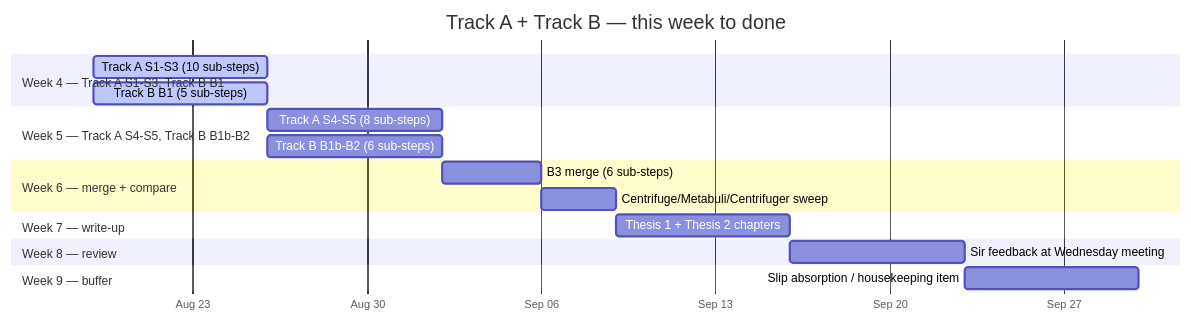
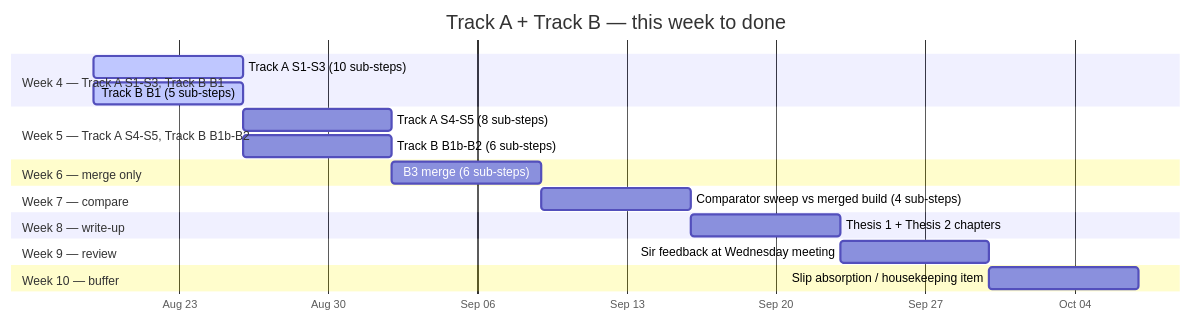
One commit to KathpaliaChirag/Nanopore-project changed the second of 7 diagrams in planning/week4plan.md. Above: the diagram before and after it, drawn with Mermaid. The commit also changed other lines of this file, not shown here.

````diff
--- a/planning/week4plan.md
+++ b/planning/week4plan.md
@@ -82,21 +83,22 @@
 ```mermaid
 gantt
     title Track A + Track B — this week to done
     dateFormat  YYYY-MM-DD
     axisFormat  %b %d
     section Week 4 — Track A S1-S3, Track B B1
-    Track A S1-S3 (10 sub-steps)          :active, w4a, 2026-08-19, 7d
-    Track B B1 (5 sub-steps)              :active, w4b, 2026-08-19, 7d
+    Track A S1-S3 (10 sub-steps)              :active, w4a, 2026-08-19, 7d
+    Track B B1 (5 sub-steps)                  :active, w4b, 2026-08-19, 7d
     section Week 5 — Track A S4-S5, Track B B1b-B2
-    Track A S4-S5 (8 sub-steps)           :w5a, after w4a, 7d
-    Track B B1b-B2 (6 sub-steps)          :w5b, after w4b, 7d
-    section Week 6 — merge + compare
-    B3 merge (6 sub-steps)                :w6a, after w5a, 4d
-    Centrifuge/Metabuli/Centrifuger sweep :w6b, after w6a, 3d
-    section Week 7 — write-up
-    Thesis 1 + Thesis 2 chapters          :w7, after w6b, 7d
-    section Week 8 — review
-    Sir feedback at Wednesday meeting     :w8, after w7, 7d
-    section Week 9 — buffer
-    Slip absorption / housekeeping item   :w9, after w8, 7d
+    Track A S4-S5 (8 sub-steps)               :w5a, after w4a, 7d
+    Track B B1b-B2 (6 sub-steps)              :w5b, after w4b, 7d
+    section Week 6 — merge only
+    B3 merge (6 sub-steps)                    :w6, after w5a w5b, 7d
+    section Week 7 — compare
+    Comparator sweep vs merged build (4 sub-steps) :w7, after w6, 7d
+    section Week 8 — write-up
+    Thesis 1 + Thesis 2 chapters              :w8, after w7, 7d
+    section Week 9 — review
+    Sir feedback at Wednesday meeting         :w9, after w8, 7d
+    section Week 10 — buffer
+    Slip absorption / housekeeping item       :w10, after w9, 7d
 ```
````
